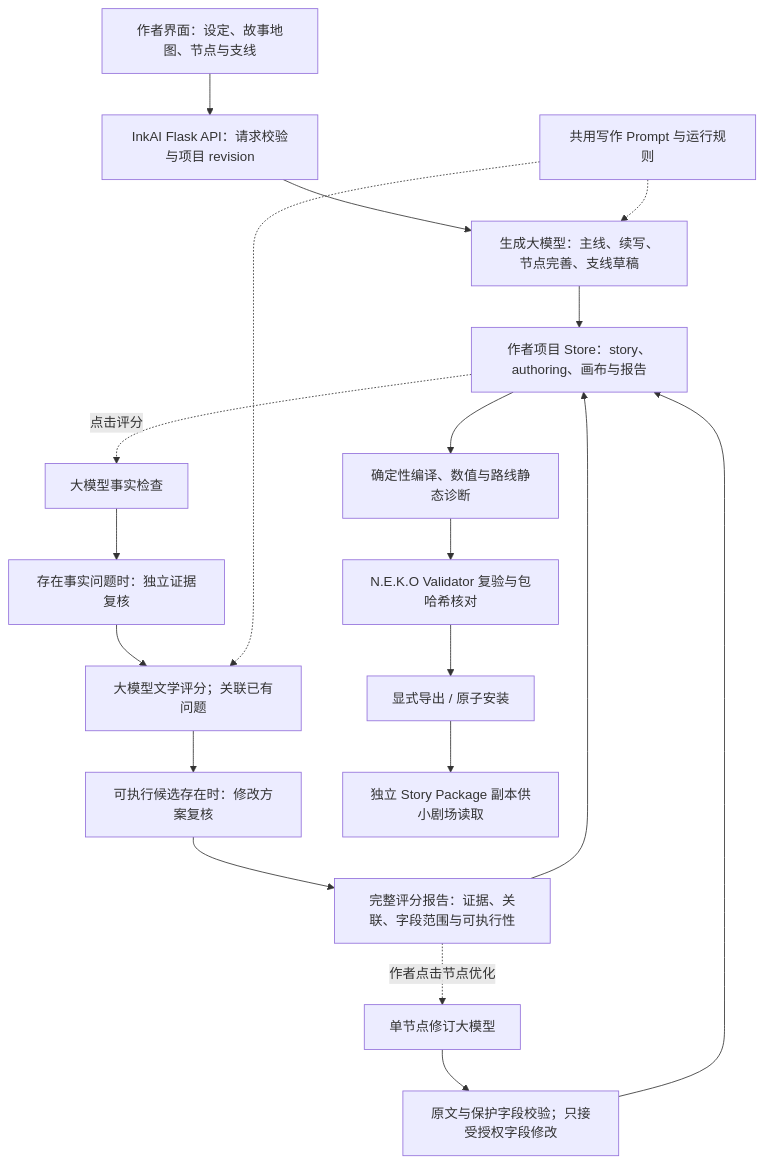
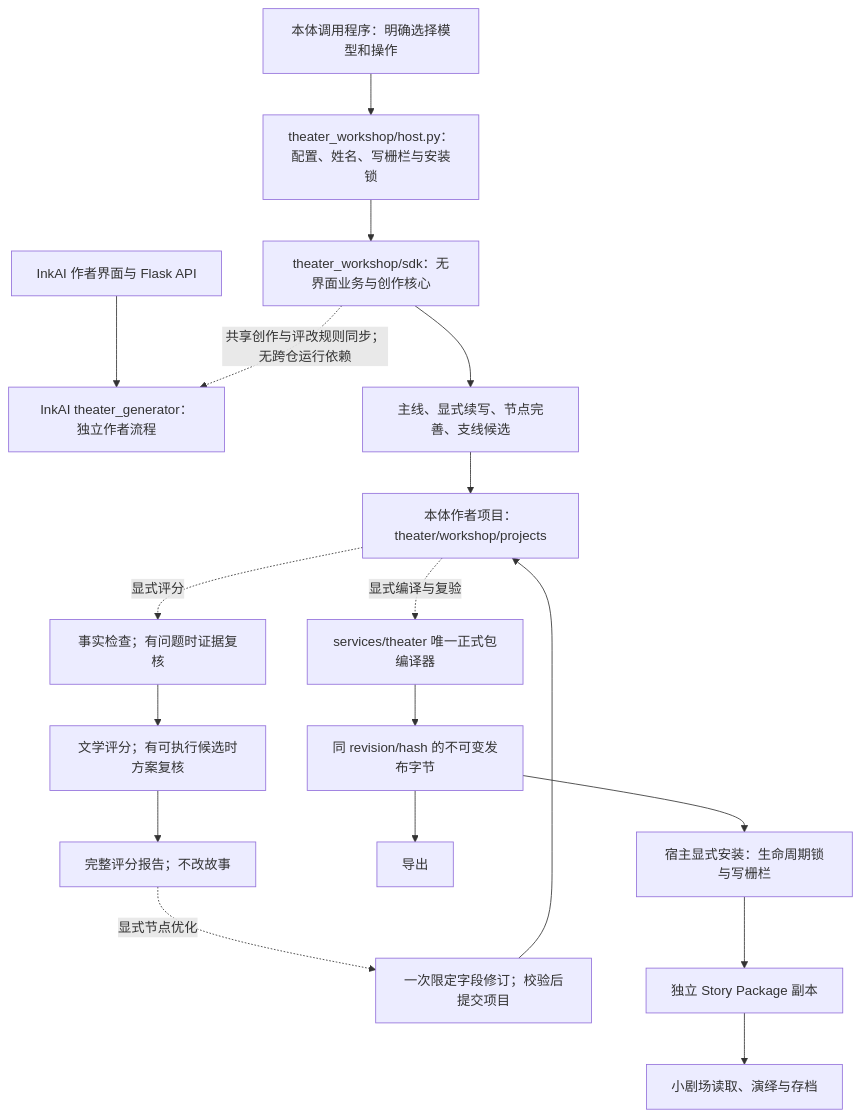
The second of 2 diagrams in docs/design/neko-theater-architecture.md (Project-N-E-K-O/N.E.K.O), drawn with Mermaid before and after one commit. The commit also changed other lines of this file and 77 other files, not shown here.

First line of the commit message:
feat(theater): integrate headless workshop SDK and refine transition review

````diff
--- a/docs/design/neko-theater-architecture.md
+++ b/docs/design/neko-theater-architecture.md
@@ -40,21 +52,20 @@
 ```mermaid
 flowchart TD
-    Author["作者界面：设定、故事地图、节点与支线"] --> API["InkAI Flask API：请求校验与项目 revision"]
-    API --> Generate["生成大模型：主线、续写、节点完善、支线草稿"]
-    Generate --> Project["作者项目 Store：story、authoring、画布与报告"]
-    Rules["共用写作 Prompt 与运行规则"] -.-> Generate
-    Project -. "点击评分" .-> Facts["大模型事实检查"]
-    Facts --> Evidence["存在事实问题时：独立证据复核"]
-    Evidence --> Literature["大模型文学评分；关联已有问题"]
-    Rules -.-> Literature
-    Literature --> Plans["可执行候选存在时：修改方案复核"]
-    Plans --> Report["完整评分报告：证据、关联、字段范围与可执行性"]
-    Report --> Project
-    Report -. "作者点击节点优化" .-> Optimize["单节点修订大模型"]
-    Optimize --> Check["原文与保护字段校验；只接受授权字段修改"]
-    Check --> Project
-    Project --> Compile["确定性编译、数值与路线静态诊断"]
-    Compile --> Validate["N.E.K.O Validator 复验与包哈希核对"]
-    Validate --> Publish["显式导出 / 原子安装"]
-    Publish --> Package["独立 Story Package 副本供小剧场读取"]
+    Caller["本体调用程序：明确选择模型和操作"] --> Host["theater_workshop/host.py：配置、姓名、写栅栏与安装锁"]
+    Host --> SDK["theater_workshop/sdk：无界面业务与创作核心"]
+    Web["InkAI 作者界面与 Flask API"] --> Legacy["InkAI theater_generator：独立作者流程"]
+    SDK -. "共享创作与评改规则同步；无跨仓运行依赖" .-> Legacy
+    SDK --> Generate["主线、显式续写、节点完善、支线候选"]
+    Generate --> Project["本体作者项目：theater/workshop/projects"]
+    Project -. "显式评分" .-> Facts["事实检查；有问题时证据复核"]
+    Facts --> Quality["文学评分；有可执行候选时方案复核"]
+    Quality --> Report["完整评分报告；不改故事"]
+    Report -. "显式节点优化" .-> Repair["一次限定字段修订；校验后提交项目"]
+    Repair --> Project
+    Project -. "显式编译与复验" .-> Compiler["services/theater 唯一正式包编译器"]
+    Compiler --> Candidate["同 revision/hash 的不可变发布字节"]
+    Candidate --> Export["导出"]
+    Candidate --> Install["宿主显式安装：生命周期锁与写栅栏"]
+    Install --> Package["独立 Story Package 副本"]
+    Package --> Theater["小剧场读取、演绎与存档"]
 ```
````
